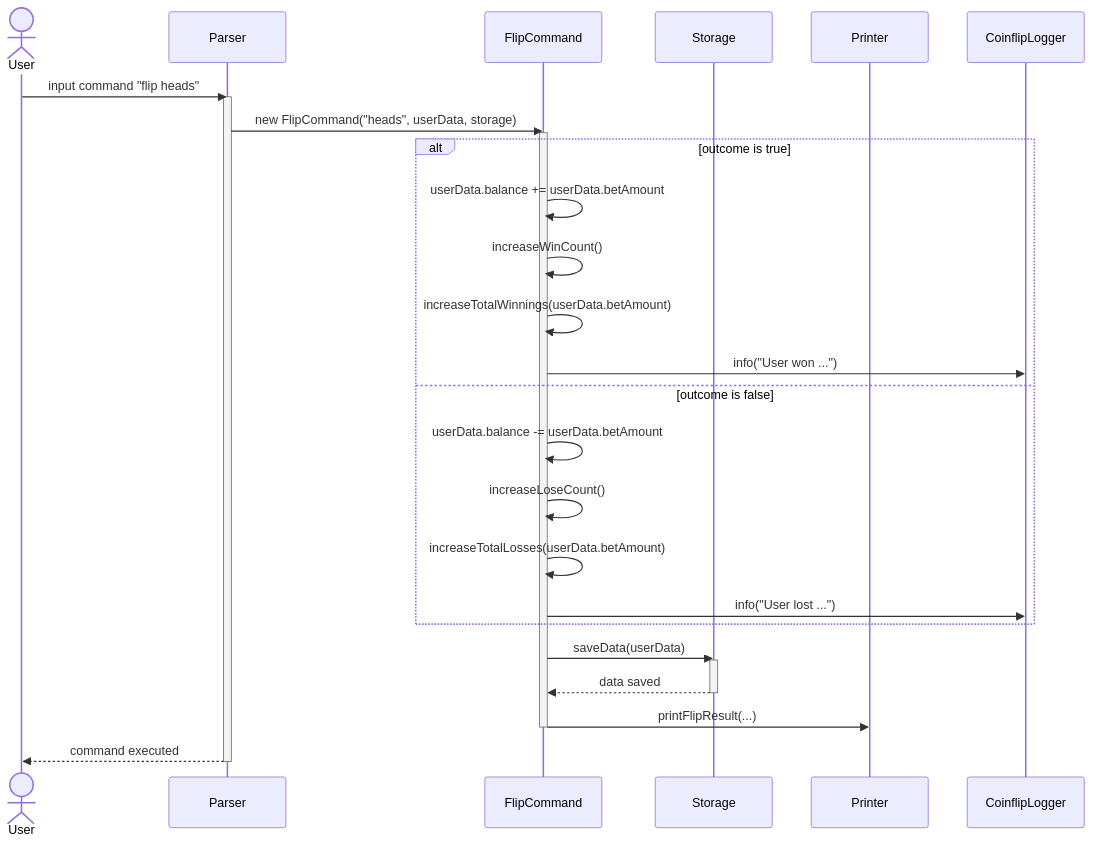
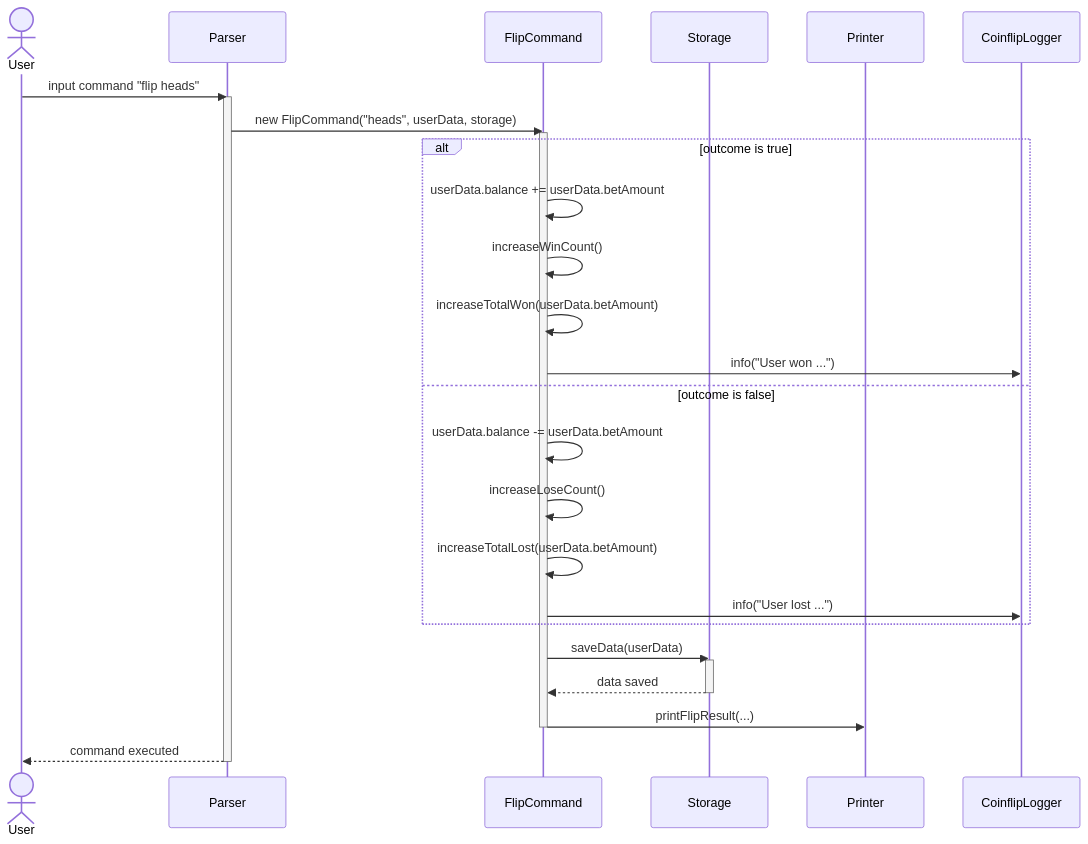
The third of 5 diagrams in docs/DeveloperGuide.md (timothyloh0523/tp), drawn with Mermaid before and after one commit. The commit also changed other lines of this file and 11 other files, not shown here.

Commit message:
Refactor totalWinnings and totalLosings to totalWon and totalLost

````diff
--- a/docs/DeveloperGuide.md
+++ b/docs/DeveloperGuide.md
@@ -174,37 +176,37 @@
 ``` mermaid
 sequenceDiagram
 actor User as User
 participant Parser as Parser
 participant FlipCommand as FlipCommand
 participant Storage as Storage
 participant Printer as Printer
 
 User ->> Parser: input command "flip heads"
 activate Parser
 
 Parser ->> FlipCommand: new FlipCommand("heads", userData, storage)
 activate FlipCommand
 
 alt outcome is true
     FlipCommand ->> FlipCommand: userData.balance += userData.betAmount
     FlipCommand ->> FlipCommand: increaseWinCount()
-    FlipCommand ->> FlipCommand: increaseTotalWinnings(userData.betAmount)
+    FlipCommand ->> FlipCommand: increaseTotalWon(userData.betAmount)
     FlipCommand ->> CoinflipLogger: info("User won ...")
 else outcome is false
     FlipCommand ->> FlipCommand: userData.balance -= userData.betAmount
     FlipCommand ->> FlipCommand: increaseLoseCount()
-    FlipCommand ->> FlipCommand: increaseTotalLosses(userData.betAmount)
+    FlipCommand ->> FlipCommand: increaseTotalLost(userData.betAmount)
     FlipCommand ->> CoinflipLogger: info("User lost ...")
 end
 
 FlipCommand ->> Storage: saveData(userData)
 activate Storage
 Storage -->> FlipCommand: data saved
 deactivate Storage
 
 FlipCommand ->> Printer: printFlipResult(...)
 deactivate FlipCommand
 
 Parser -->> User: command executed
 deactivate Parser
 ```
````
